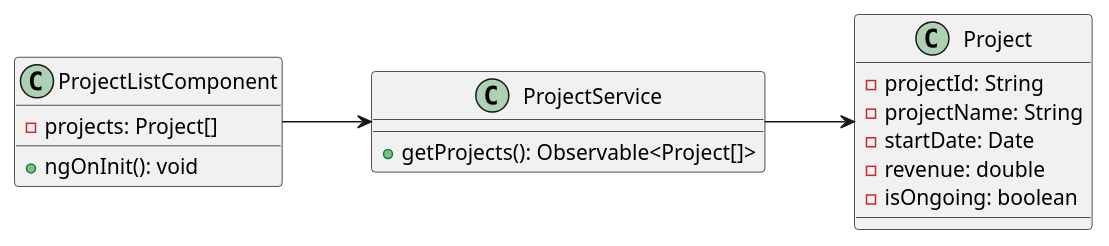
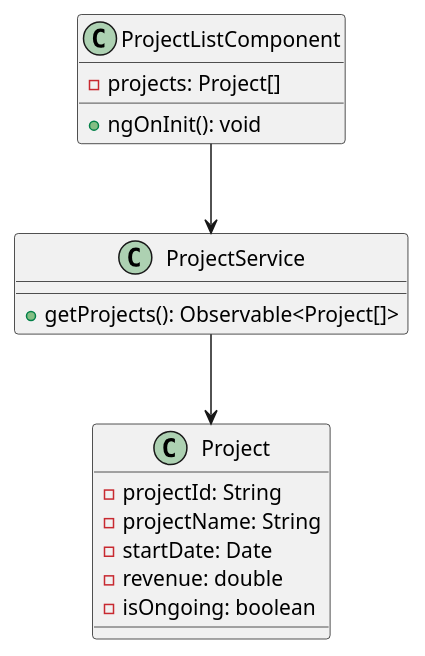
Before and after one commit to haturusinghe/project-dashboard-angular: the second of 4 diagrams in diagrams/updated-diagrams.md, drawn with PlantUML. The commit also changed other lines of this file and 4 other files, not shown here.

````diff
--- a/diagrams/updated-diagrams.md
+++ b/diagrams/updated-diagrams.md
@@ -35,33 +90,33 @@
 ```plantuml
 @startuml
-left to right direction
+top to bottom direction
 
 class ProjectService{
     +getProjects(): Observable<Project[]>
 }
 
 class Project{
     -projectId: String
     -projectName: String
     -startDate: Date
     -revenue: double
     -isOngoing: boolean
 }
 
 class ProjectListComponent{
     -projects: Project[]
     +ngOnInit(): void
 }
 
 
 
 
 ProjectListComponent --> ProjectService
 ProjectService --> Project
 
 
 
 @enduml
 
 
 ```
````
